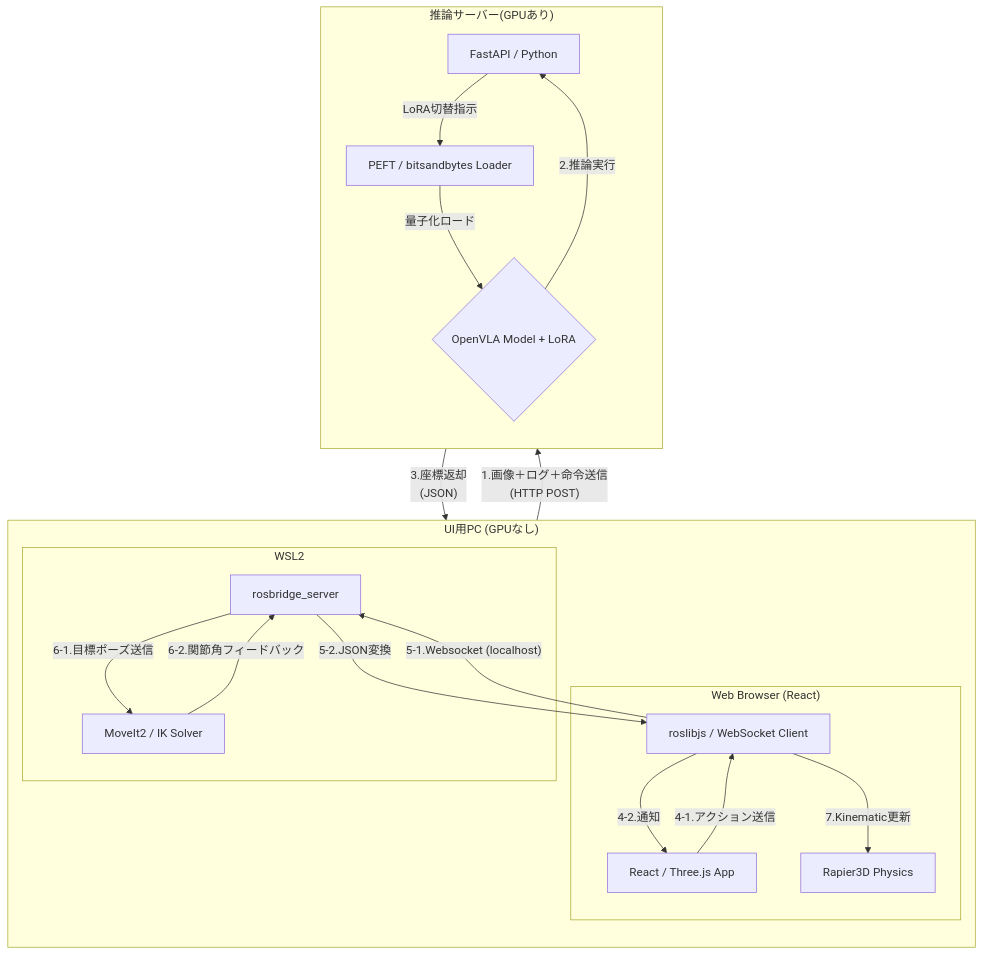
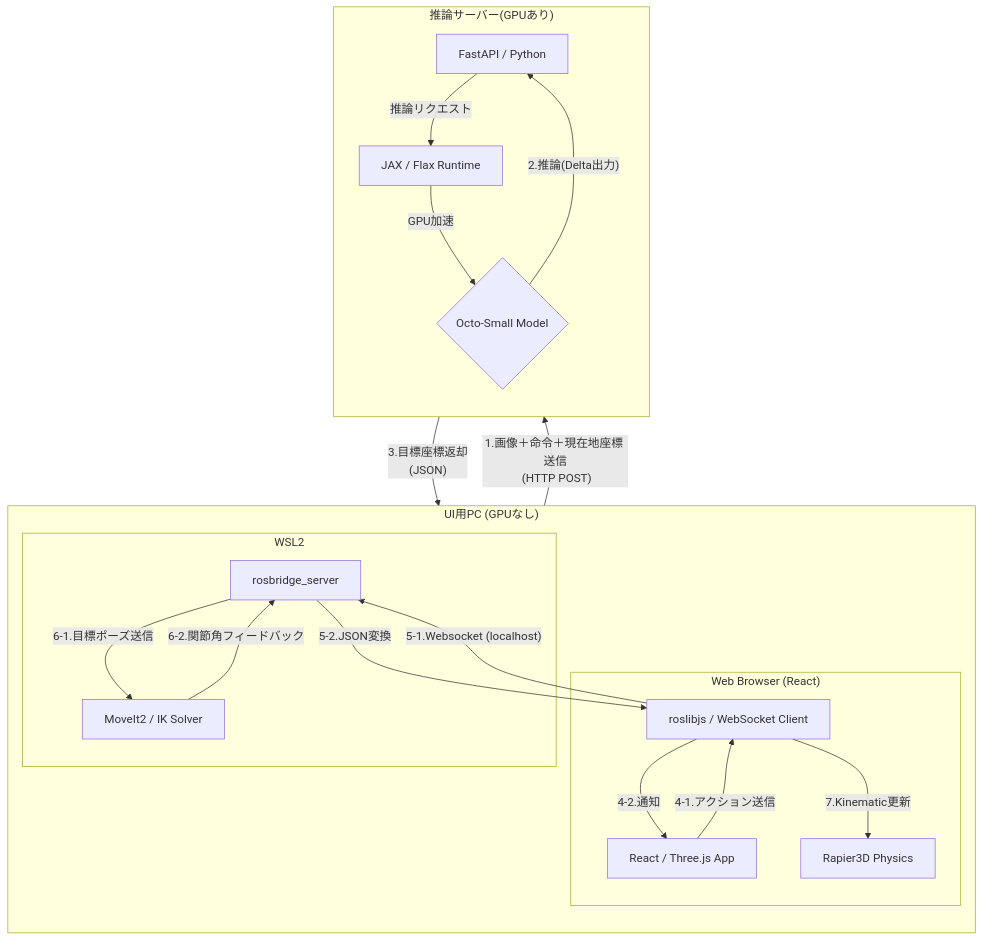
The first of 4 diagrams in README.md (NearMugi/vla-simulator), drawn with Mermaid before and after one commit. The commit also changed other lines of this file and 2 other files, not shown here.

Commit message:
docs: update project documentation and roadmap progress

````diff
--- a/README.md
+++ b/README.md
@@ -17,43 +19,43 @@
 ```mermaid
 graph TD
     %% --- 物理境界 1: 検証用PC ---
     subgraph "UI用PC (GPUなし)"
         direction TB
         
         subgraph "Web Browser (React)"
             App[React / Three.js App]
             Phys[Rapier3D Physics]
             Client[roslibjs / WebSocket Client]
             
             App -- "4-1.アクション送信" --> Client
             Client -- "7.Kinematic更新" --> Phys
         end
 
         subgraph "WSL2"
             Bridge[rosbridge_server]
             M2[MoveIt2 / IK Solver]
             
             Client -- "5-1.Websocket (localhost)" --> Bridge
             Bridge -- "6-1.目標ポーズ送信" --> M2
             M2 -- "6-2.関節角フィードバック" --> Bridge
             Bridge -- "5-2.JSON変換" --> Client
             Client -- "4-2.通知" --> App
         end
     end
 
     %% --- ネットワーク境界 ---
-    App -- "1.画像＋ログ＋命令送信</br> (HTTP POST)" --> API
-    API -- "3.座標返却</br> (JSON)" --> App
+    App -- "1.画像＋命令＋現在地座標 送信</br> (HTTP POST)" --> API
+    API -- "3.目標座標返却</br> (JSON)" --> App
 
     %% --- 物理境界 2: 推論サーバー ---
     subgraph "推論サーバー(GPUあり)"
         direction TB
         API[FastAPI / Python]
-        PEFT[PEFT / bitsandbytes Loader]
-        VLA{OpenVLA Model + LoRA}
+        JAX[JAX / Flax Runtime]
+        VLA{Octo-Small Model}
 
-        API -- "LoRA切替指示" --> PEFT
-        PEFT -- "量子化ロード" --> VLA
-        VLA -- "2.推論実行" --> API
+        API -- "推論リクエスト" --> JAX
+        JAX -- "GPU加速" --> VLA
+        VLA -- "2.推論(Delta出力)" --> API
     end
 ```
````
